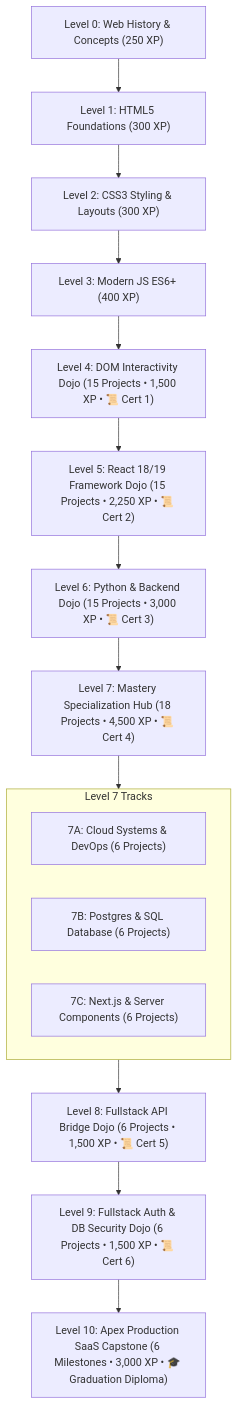
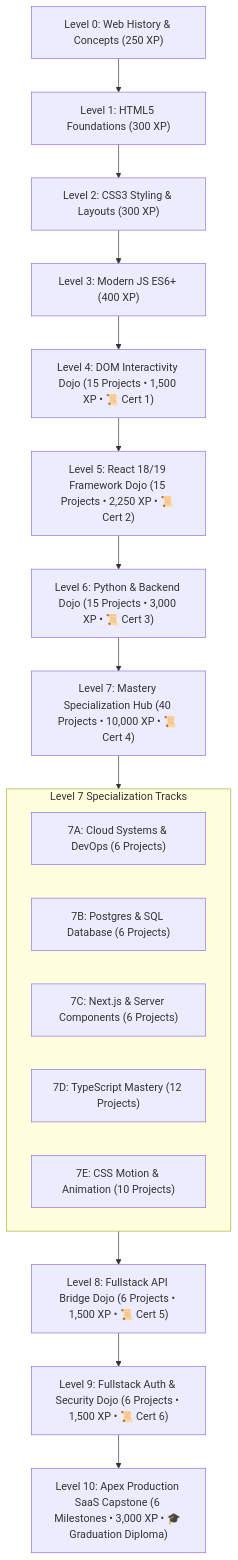
Before and after one commit to RifaiM/CodeRoots: the diagram in prd.md, drawn with Mermaid. The commit also changed other lines of this file and 3 other files, not shown here.

Commit message:
docs: update production specifications (README, PRD, Architecture, Design) for v2.5.0 with full 103 lessons and 13 foundations tracks

````diff
--- a/prd.md
+++ b/prd.md
@@ -38,21 +38,23 @@
 ```mermaid
 graph TD
     L0["Level 0: Web History & Concepts (250 XP)"] --> L1["Level 1: HTML5 Foundations (300 XP)"]
     L1 --> L2["Level 2: CSS3 Styling & Layouts (300 XP)"]
     L2 --> L3["Level 3: Modern JS ES6+ (400 XP)"]
     L3 --> L4["Level 4: DOM Interactivity Dojo (15 Projects • 1,500 XP • 📜 Cert 1)"]
     L4 --> L5["Level 5: React 18/19 Framework Dojo (15 Projects • 2,250 XP • 📜 Cert 2)"]
     L5 --> L6["Level 6: Python & Backend Dojo (15 Projects • 3,000 XP • 📜 Cert 3)"]
-    L6 --> L7["Level 7: Mastery Specialization Hub (18 Projects • 4,500 XP • 📜 Cert 4)"]
+    L6 --> L7["Level 7: Mastery Specialization Hub (40 Projects • 10,000 XP • 📜 Cert 4)"]
     
-    subgraph L7_Branches ["Level 7 Tracks"]
+    subgraph L7_Branches ["Level 7 Specialization Tracks"]
         L7A["7A: Cloud Systems & DevOps (6 Projects)"]
         L7B["7B: Postgres & SQL Database (6 Projects)"]
         L7C["7C: Next.js & Server Components (6 Projects)"]
+        L7D["7D: TypeScript Mastery (12 Projects)"]
+        L7E["7E: CSS Motion & Animation (10 Projects)"]
     end
     
     L7 --> L7_Branches
     L7_Branches --> L8["Level 8: Fullstack API Bridge Dojo (6 Projects • 1,500 XP • 📜 Cert 5)"]
-    L8 --> L9["Level 9: Fullstack Auth & DB Security Dojo (6 Projects • 1,500 XP • 📜 Cert 6)"]
+    L8 --> L9["Level 9: Fullstack Auth & Security Dojo (6 Projects • 1,500 XP • 📜 Cert 6)"]
     L9 --> L10["Level 10: Apex Production SaaS Capstone (6 Milestones • 3,000 XP • 🎓 Graduation Diploma)"]
 ```
````
